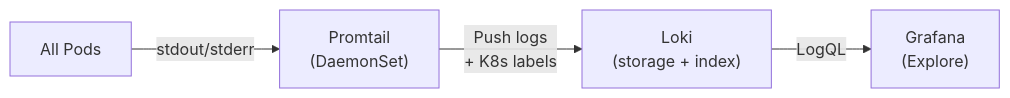
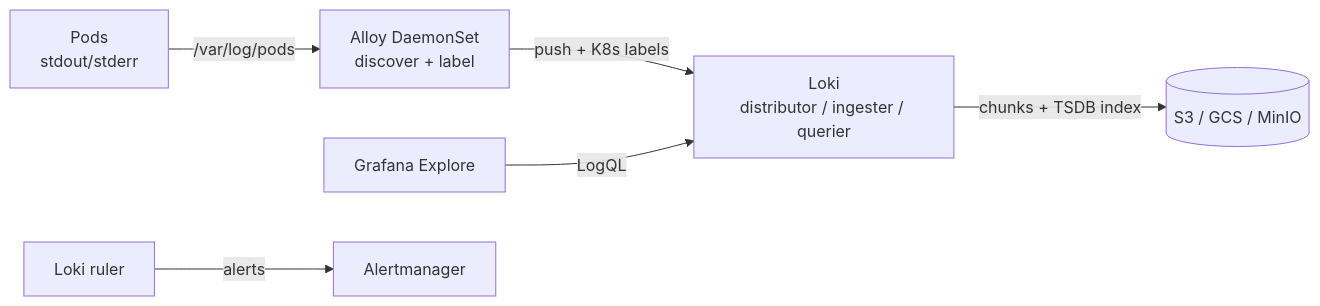
One commit to greg4fun/kubernetesrecipes.github.io changed the diagram in src/content/recipes/kubernetes-log-aggregation-loki.md. Above: the diagram before and after it, drawn with Mermaid. The commit also changed other lines of this file and 537 other files, not shown here.

````diff
--- a/src/content/recipes/kubernetes-log-aggregation-loki.md
+++ b/src/content/recipes/kubernetes-log-aggregation-loki.md
@@ -29,6 +36,8 @@
 ```mermaid
 flowchart LR
-    PODS["All Pods"] -->|"stdout/stderr"| PROMTAIL["Promtail<br/>(DaemonSet)"]
-    PROMTAIL -->|"Push logs<br/>+ K8s labels"| LOKI["Loki<br/>(storage + index)"]
-    LOKI -->|"LogQL"| GRAFANA["Grafana<br/>(Explore)"]
+    PODS["Pods<br/>stdout/stderr"] -->|/var/log/pods| ALLOY["Alloy DaemonSet<br/>discover + label"]
+    ALLOY -->|push + K8s labels| LOKI["Loki<br/>distributor / ingester / querier"]
+    LOKI -->|chunks + TSDB index| S3[(S3 / GCS / MinIO)]
+    GRAFANA["Grafana Explore"] -->|LogQL| LOKI
+    RULER["Loki ruler"] -->|alerts| AM["Alertmanager"]
 ```
````
